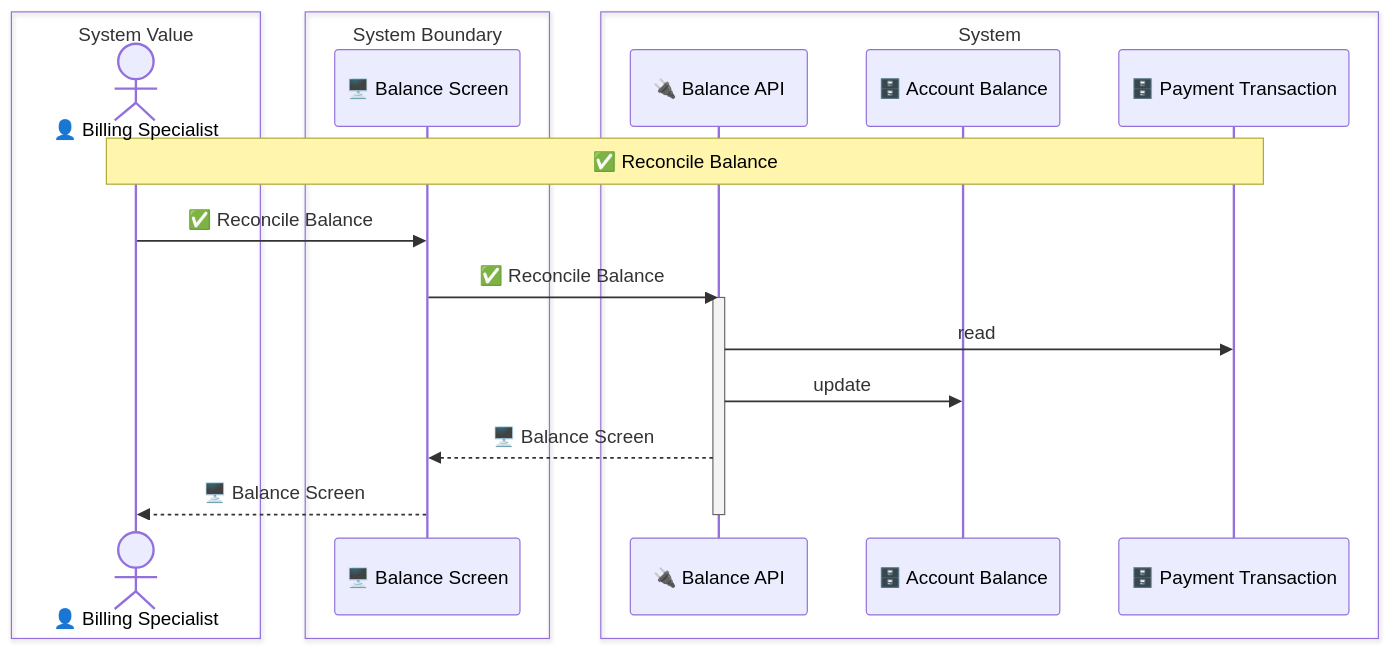
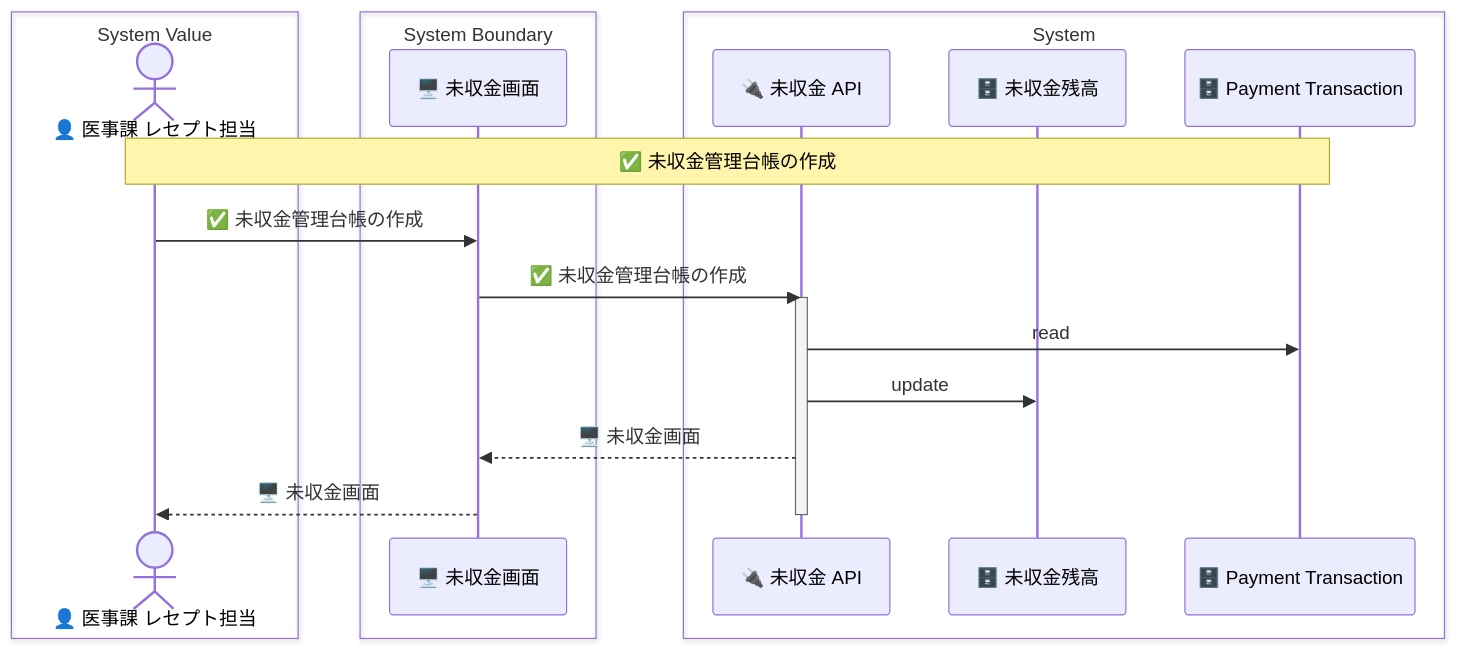
Before and after one commit to manji-0/rdra-ish-dsl: the diagram in samples/clinic-ops/out/uc/sequence_reconcile_balance.mmd, drawn with Mermaid. The commit also changed 138 other files, not shown here.

```diff
--- a/samples/clinic-ops/out/uc/sequence_reconcile_balance.mmd
+++ b/samples/clinic-ops/out/uc/sequence_reconcile_balance.mmd
@@ -1,22 +1,22 @@
 sequenceDiagram
   box System Value
-    actor BillingSpecialist as 👤 Billing Specialist
+    actor ClaimsClerk as 👤 医事課 レセプト担当
   end
   box System Boundary
-    participant BalanceScreen as 🖥️ Balance Screen
+    participant BalanceScreen as 🖥️ 未収金画面
   end
   box System
-    participant BalanceApi as 🔌 Balance API
-    participant AccountBalance as 🗄️ Account Balance
+    participant BalanceApi as 🔌 未収金 API
+    participant AccountBalance as 🗄️ 未収金残高
     participant PaymentTransaction as 🗄️ Payment Transaction
   end
 
-  Note over BillingSpecialist,PaymentTransaction: ✅ Reconcile Balance
-  BillingSpecialist->>BalanceScreen: ✅ Reconcile Balance
-  BalanceScreen->>BalanceApi: ✅ Reconcile Balance
+  Note over ClaimsClerk,PaymentTransaction: ✅ 未収金管理台帳の作成
+  ClaimsClerk->>BalanceScreen: ✅ 未収金管理台帳の作成
+  BalanceScreen->>BalanceApi: ✅ 未収金管理台帳の作成
   activate BalanceApi
   BalanceApi->>PaymentTransaction: read
   BalanceApi->>AccountBalance: update
-  BalanceApi-->>BalanceScreen: 🖥️ Balance Screen
-  BalanceScreen-->>BillingSpecialist: 🖥️ Balance Screen
+  BalanceApi-->>BalanceScreen: 🖥️ 未収金画面
+  BalanceScreen-->>ClaimsClerk: 🖥️ 未収金画面
   deactivate BalanceApi
```
